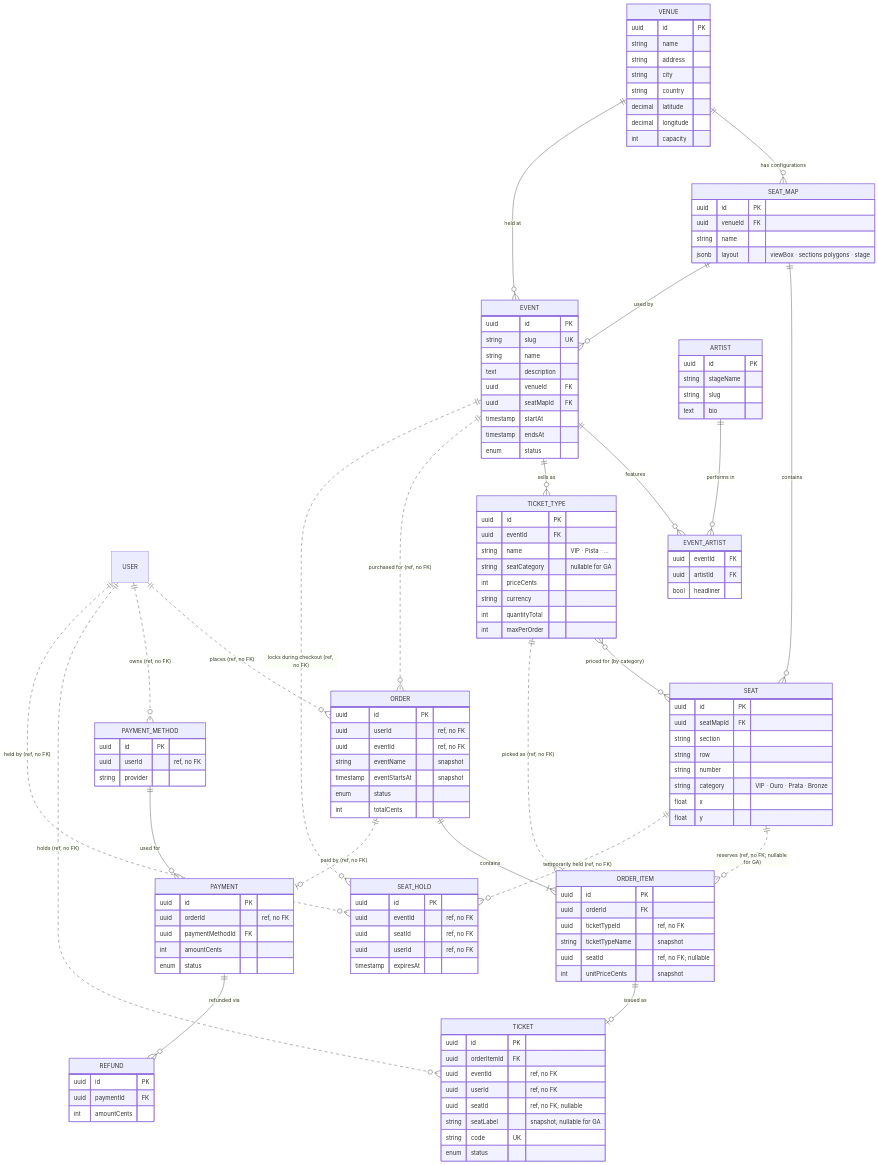
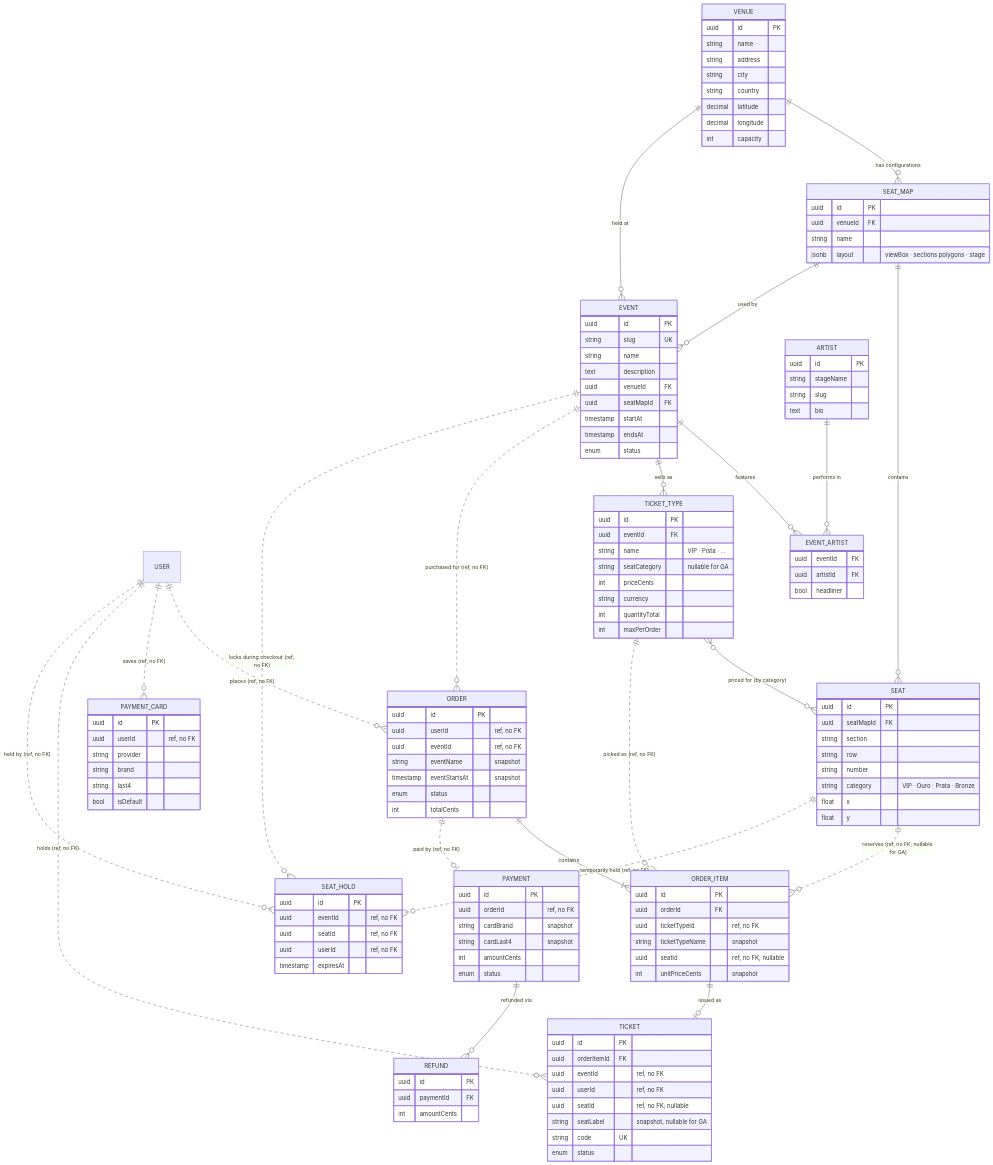
Before and after one commit to emanoelvso/seat-sure: the second of 2 diagrams in docs/architecture/bounded-contexts.md, drawn with Mermaid. The commit also changed other lines of this file and 4 other files, not shown here.

````diff
--- a/docs/architecture/bounded-contexts.md
+++ b/docs/architecture/bounded-contexts.md
@@ -369,7 +372,7 @@
 ```mermaid
 erDiagram
     USER ||..o{ ORDER : "places (ref, no FK)"
-    USER ||..o{ PAYMENT_METHOD : "owns (ref, no FK)"
+    USER ||..o{ PAYMENT_CARD : "saves (ref, no FK)"
     USER ||..o{ TICKET : "holds (ref, no FK)"
 
     VENUE ||--o{ SEAT_MAP : "has configurations"
@@ -393,7 +396,6 @@
     USER ||..o{ SEAT_HOLD : "held by (ref, no FK)"
 
     ORDER_ITEM ||--o| TICKET : "issued as"
-    PAYMENT_METHOD ||--o{ PAYMENT : "used for"
     ORDER ||..o| PAYMENT : "paid by (ref, no FK)"
     PAYMENT ||--o{ REFUND : "refunded via"
 
@@ -489,15 +491,19 @@
         string code UK
         enum status
     }
-    PAYMENT_METHOD {
+    PAYMENT_CARD {
         uuid id PK
         uuid userId "ref, no FK"
         string provider
+        string brand
+        string last4
+        bool isDefault
     }
     PAYMENT {
         uuid id PK
         uuid orderId "ref, no FK"
-        uuid paymentMethodId FK
+        string cardBrand "snapshot"
+        string cardLast4 "snapshot"
         int amountCents
         enum status
     }
````
